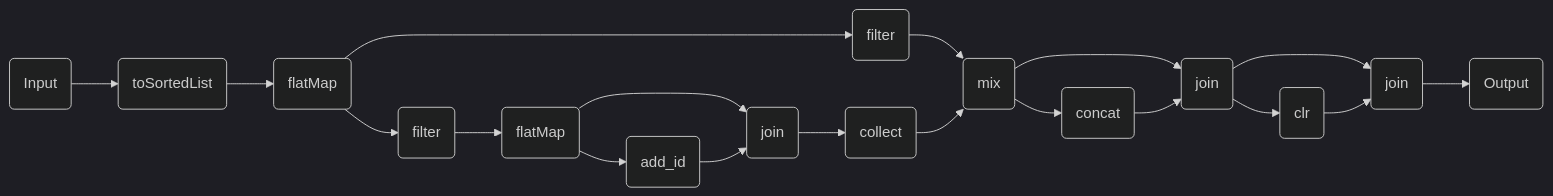
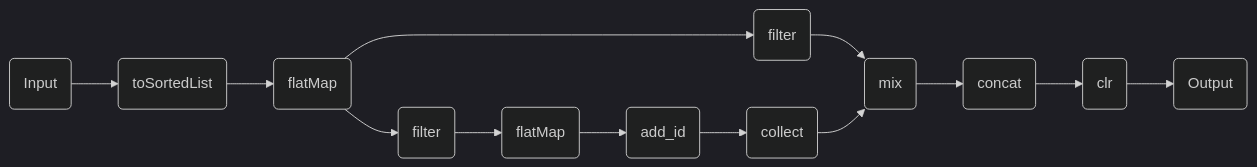
Before and after one commit to openpipelines-bio/website: the diagram in components/workflows/multiomics/prot_multisample.qmd, drawn with Mermaid (dark theme). The commit also changed other lines of this file and 15 other files, not shown here.

````diff
--- a/components/workflows/multiomics/prot_multisample.qmd
+++ b/components/workflows/multiomics/prot_multisample.qmd
@@ -101,38 +102,29 @@
 ```{mermaid}
 %%| column: screen-inset-shaded
 flowchart LR
     p0(Input)
     p3(toSortedList)
     p5(flatMap)
     p9(filter)
     p11(flatMap)
-    p19(join)
     p17(add_id)
     p21(collect)
     p24(mix)
     p23(filter)
-    p33(join)
     p31(concat)
-    p43(join)
     p41(clr)
     p49(Output)
     p23-->p24
     p0-->p3
     p3-->p5
     p5-->p9
     p5-->p23
     p9-->p11
-    p11-->p19
     p11-->p17
-    p17-->p19
-    p19-->p21
+    p17-->p21
     p21-->p24
-    p24-->p33
     p24-->p31
-    p31-->p33
-    p33-->p43
-    p33-->p41
-    p41-->p43
-    p43-->p49
+    p31-->p41
+    p41-->p49
 
 ```
````
